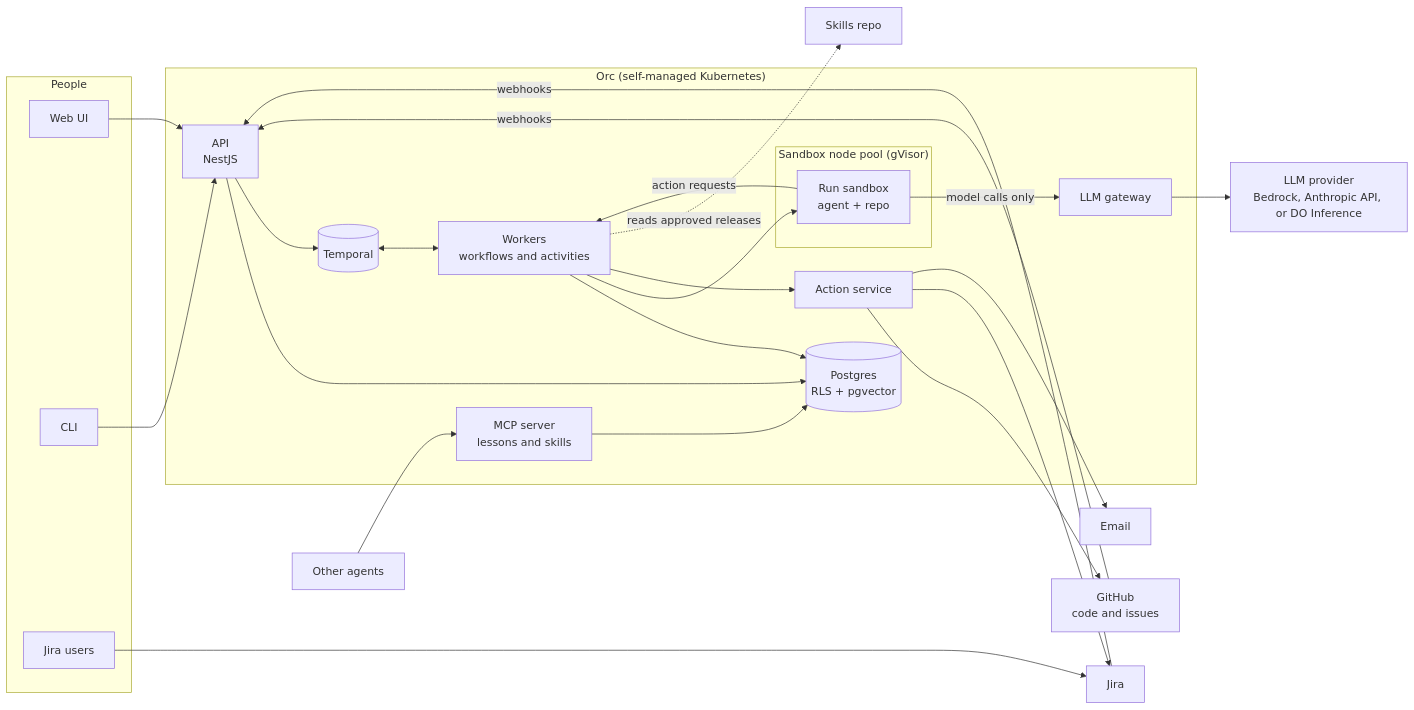
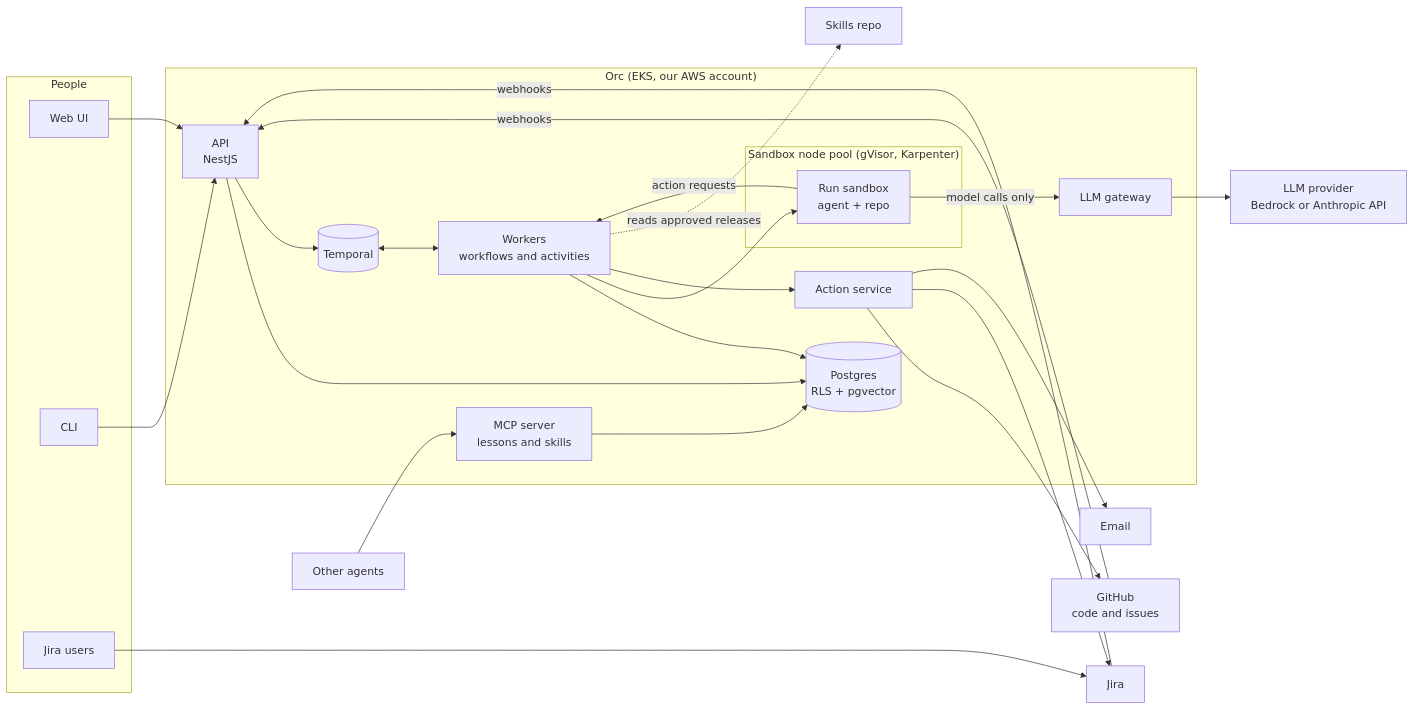
Before and after one commit to joshevensen/orc: the first of 4 diagrams in docs/architecture.md, drawn with Mermaid. The commit also changed other lines of this file and 18 other files, not shown here.

First line of the commit message:
Move hosting to EKS with Karpenter, drop DigitalOcean, and add a fake model provider (#6)

````diff
--- a/docs/architecture.md
+++ b/docs/architecture.md
@@ -15,49 +15,49 @@
 ```mermaid
 flowchart LR
   subgraph People
     WEB[Web UI]
     CLI[CLI]
     JIRAU[Jira users]
   end
 
-  subgraph Orc["Orc (self-managed Kubernetes)"]
+  subgraph Orc["Orc (EKS, our AWS account)"]
     API[API<br/>NestJS]
     MCP[MCP server<br/>lessons and skills]
     TEMP[(Temporal)]
     WRK[Workers<br/>workflows and activities]
     ACT[Action service]
     GW[LLM gateway]
     DB[(Postgres<br/>RLS + pgvector)]
-    subgraph SB["Sandbox node pool (gVisor)"]
+    subgraph SB["Sandbox node pool (gVisor, Karpenter)"]
       S1[Run sandbox<br/>agent + repo]
     end
   end
 
   JIRA[Jira]
   GH[GitHub<br/>code and issues]
-  LLM[LLM provider<br/>Bedrock, Anthropic API, or DO Inference]
+  LLM[LLM provider<br/>Bedrock or Anthropic API]
   MAIL[Email]
   SK[Skills repo]
   EXT[Other agents]
 
   WEB --> API
   CLI --> API
   JIRAU --> JIRA
   JIRA -- webhooks --> API
   GH -- webhooks --> API
   API --> DB
   API --> TEMP
   TEMP <--> WRK
   WRK --> DB
   WRK --> S1
   S1 -- model calls only --> GW
   GW --> LLM
   S1 -- action requests --> WRK
   WRK --> ACT
   ACT --> GH
   ACT --> JIRA
   ACT --> MAIL
   WRK -. reads approved releases .-> SK
   EXT --> MCP
   MCP --> DB
 ```
````
